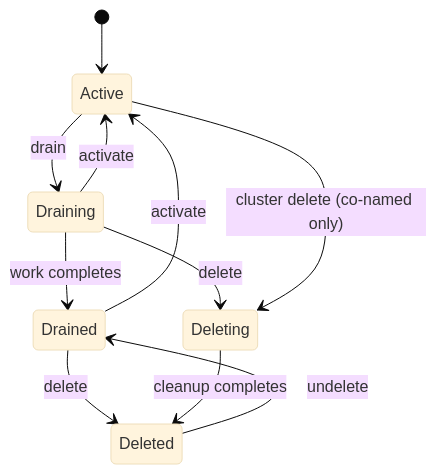
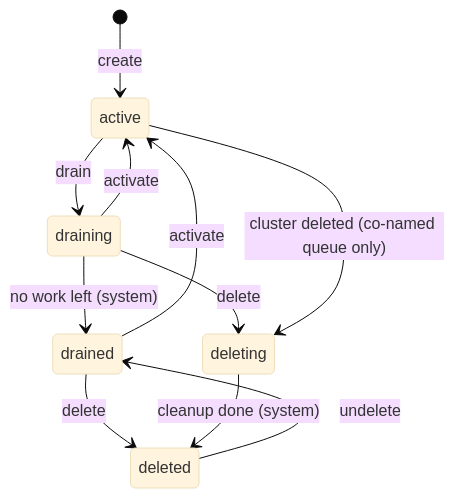
Before and after one commit to unionai/unionai-docs: the second of 2 diagrams in content/user-guide/cluster-workload-management/queues.md, drawn with Mermaid (base theme). The commit also changed other lines of this file and 3 other files, not shown here.

````diff
--- a/content/user-guide/cluster-workload-management/queues.md
+++ b/content/user-guide/cluster-workload-management/queues.md
@@ -423,13 +427,13 @@
 ```mermaid
 stateDiagram-v2
-    [*] --> Active
-    Active --> Draining: drain
-    Draining --> Active: activate
-    Draining --> Drained: work completes
-    Drained --> Active: activate
-    Draining --> Deleting: delete
-    Drained --> Deleted: delete
-    Active --> Deleting: cluster delete (co-named only)
-    Deleting --> Deleted: cleanup completes
-    Deleted --> Drained: undelete
+    [*] --> active: create
+    active --> draining: drain
+    draining --> active: activate
+    draining --> drained: no work left (system)
+    drained --> active: activate
+    draining --> deleting: delete
+    drained --> deleted: delete
+    active --> deleting: cluster deleted (co-named queue only)
+    deleting --> deleted: cleanup done (system)
+    deleted --> drained: undelete
 ```
````
